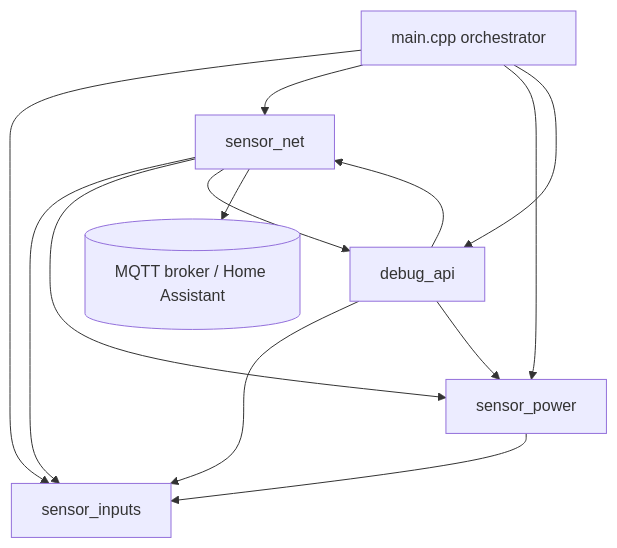
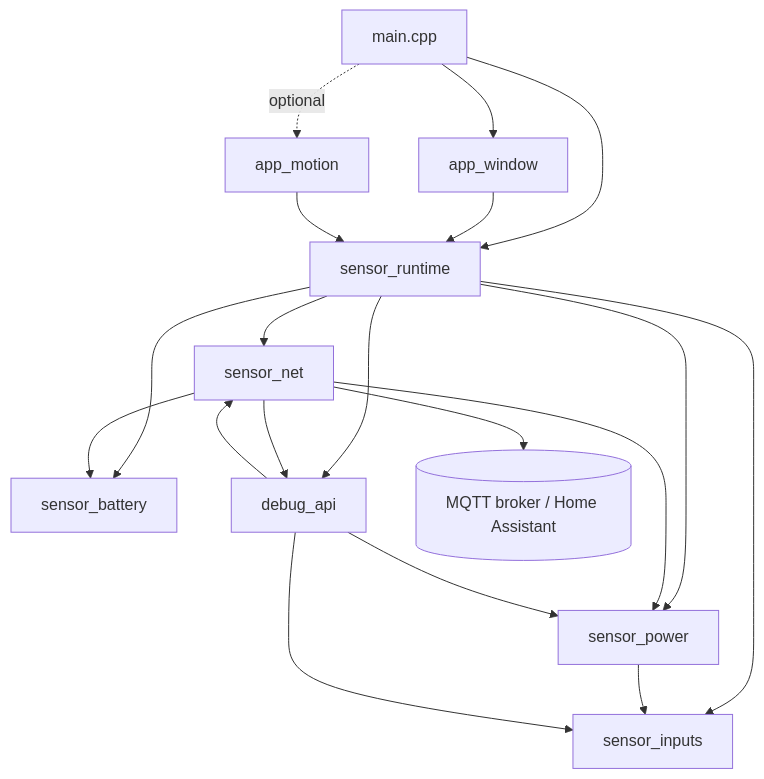
The diagram in wifi6_sensor.md (angelopellef1/ArgoAPHA_Sensors), drawn with Mermaid before and after one commit. The commit also changed other lines of this file and 16 other files, not shown here.

First line of the commit message:
feat: publish ssid/ip/mac topics; decouple window contact and motion applications

````diff
--- a/wifi6_sensor.md
+++ b/wifi6_sensor.md
@@ -276,15 +348,21 @@
 ```mermaid
 flowchart TD
-    main[main.cpp orchestrator] --> inputs[sensor_inputs]
-    main --> net[sensor_net]
-    main --> power[sensor_power]
-    main --> dbg[debug_api]
-    net --> inputs
+    main[main.cpp] --> win[app_window]
+    main -. optional .-> mot[app_motion]
+    main --> rt[sensor_runtime]
+    win --> rt
+    mot --> rt
+    rt --> inputs[sensor_inputs]
+    rt --> net[sensor_net]
+    rt --> power[sensor_power]
+    rt --> bat[sensor_battery]
+    rt --> dbg[debug_api]
     net --> power
+    net --> bat
     net --> dbg
     power --> inputs
     dbg --> inputs
     dbg --> net
     dbg --> power
     net --> broker[(MQTT broker / Home Assistant)]
 ```
````
